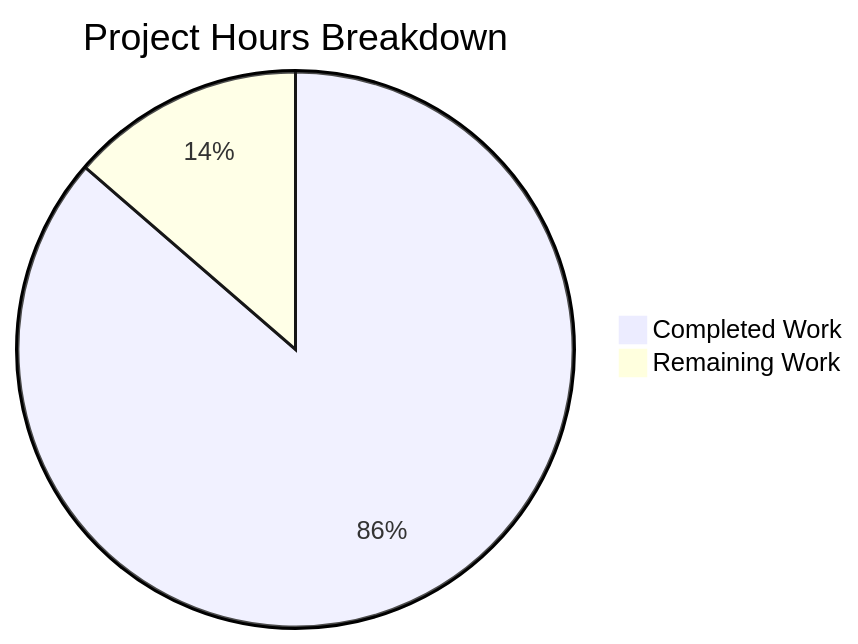
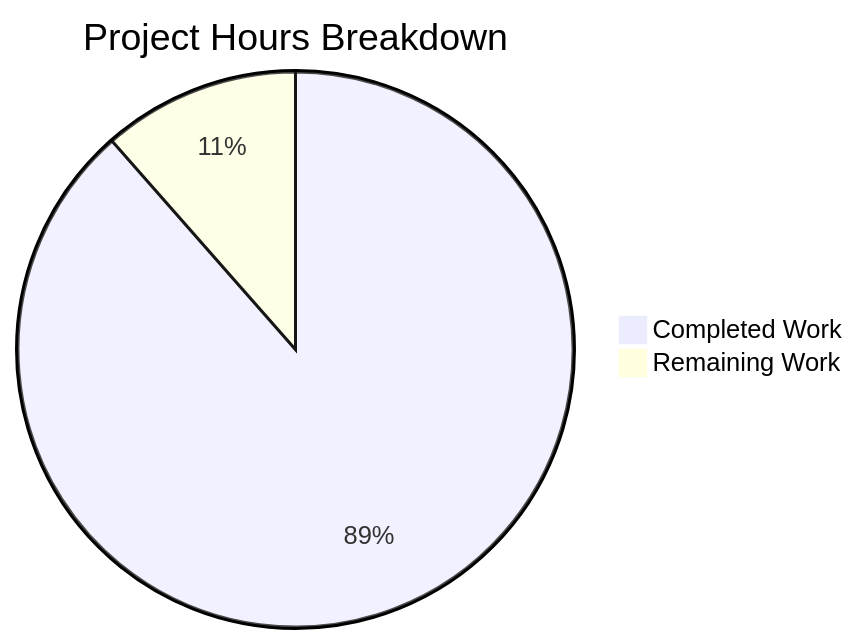
Before and after one commit to shaliniblitzy/6thaprilone: the second of 2 diagrams in blitzy/documentation/Project Guide.md, drawn with Mermaid. The commit also changed other lines of this file, not shown here.

````diff
--- a/blitzy/documentation/Project Guide.md
+++ b/blitzy/documentation/Project Guide.md
@@ -209,5 +183,5 @@
 ```mermaid
 pie title Project Hours Breakdown
-    "Completed Work" : 76
+    "Completed Work" : 92.5
     "Remaining Work" : 12
 ```
````
